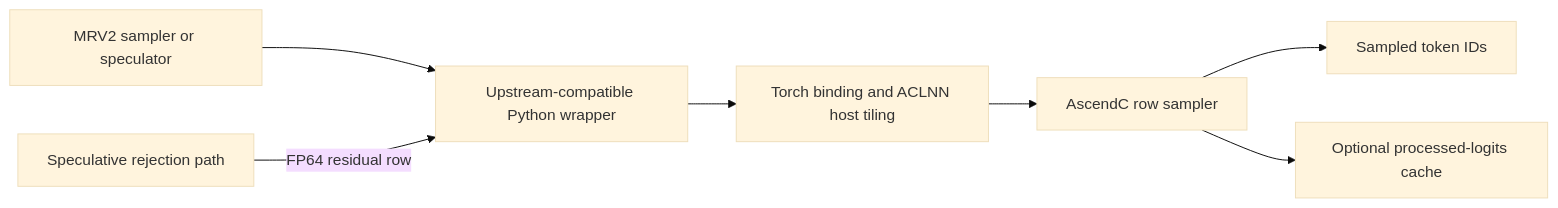
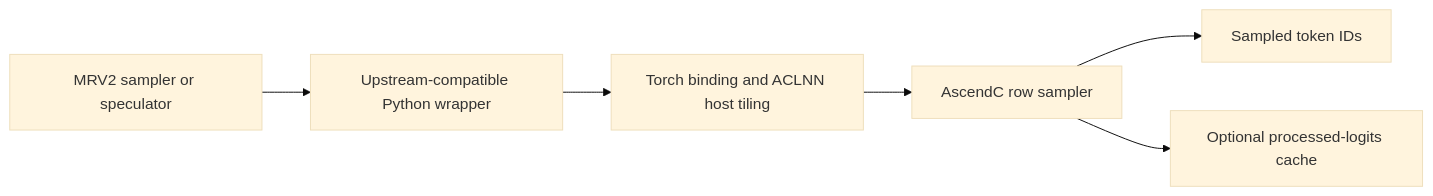
Before and after one commit to vllm-project/vllm-ascend: the diagram in docs/source/developer_guide/Design_Documents/categorical_sampling.md, drawn with Mermaid (base theme). The commit also changed other lines of this file and 6 other files, not shown here.

````diff
--- a/docs/source/developer_guide/Design_Documents/categorical_sampling.md
+++ b/docs/source/developer_guide/Design_Documents/categorical_sampling.md
@@ -20,9 +20,8 @@
 ```mermaid
 flowchart LR
     A["MRV2 sampler or speculator"] --> B["Upstream-compatible Python wrapper"]
     B --> C["Torch binding and ACLNN host tiling"]
     C --> D["AscendC row sampler"]
     D --> E["Sampled token IDs"]
     D --> F["Optional processed-logits cache"]
-    G["Speculative rejection path"] -->|"FP64 residual row"| B
 ```
````
